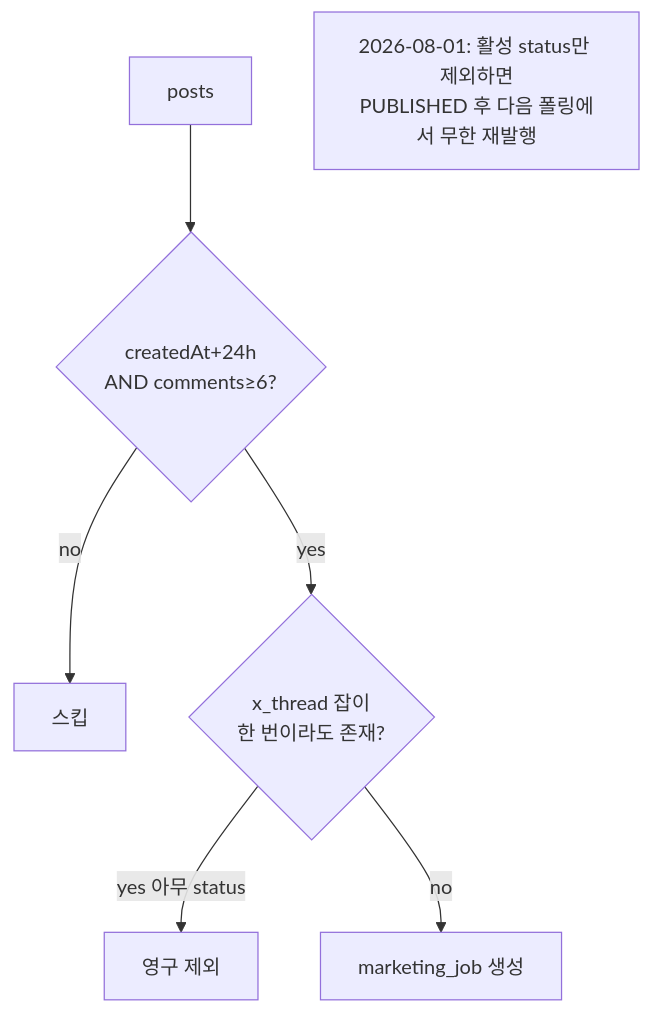
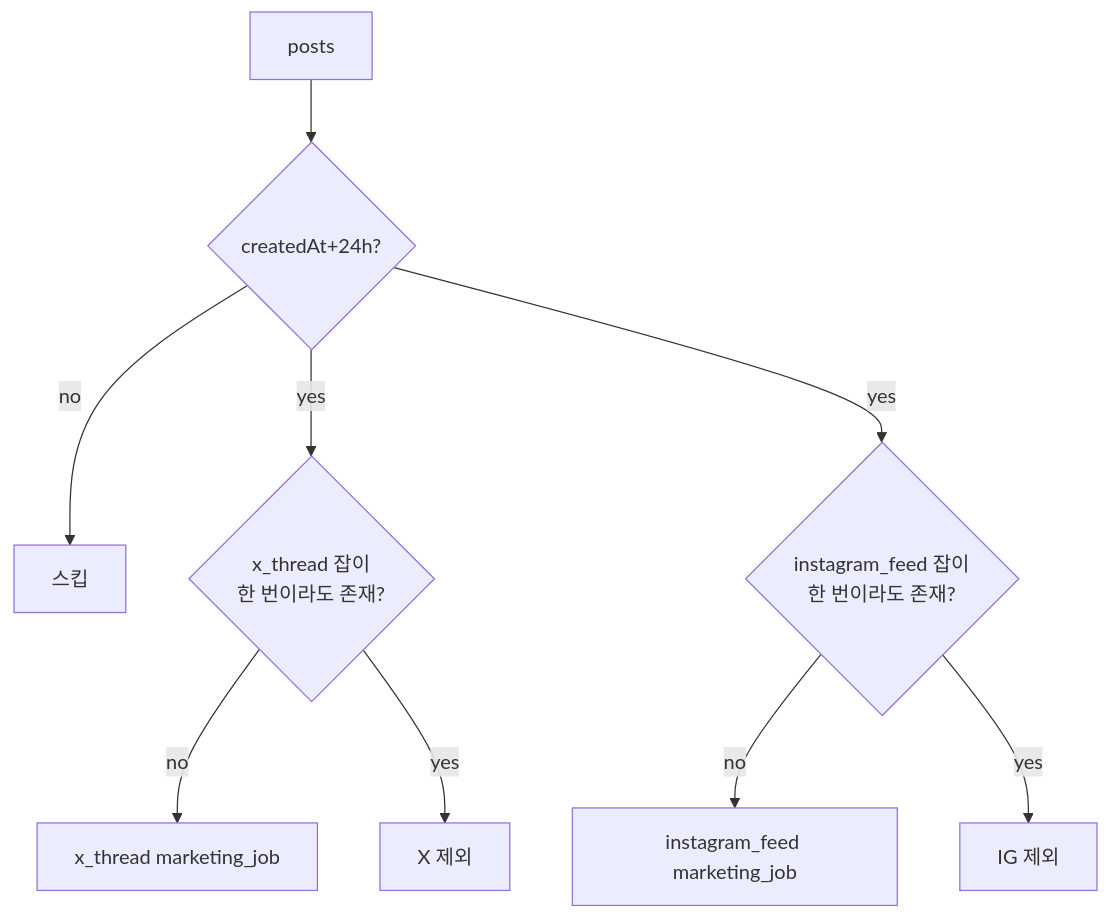
Before and after one commit to Justant-source/Again-Spring: the eighth of 9 diagrams in docs/shared/api/flows.md, drawn with Mermaid. The commit also changed other lines of this file and 15 other files, not shown here.

First line of the commit message:
feat(marketing): 게시 24h 후 X·Instagram 무조건 자동 발행

````diff
--- a/docs/shared/api/flows.md
+++ b/docs/shared/api/flows.md
@@ -171,9 +171,11 @@
 ```mermaid
 flowchart TD
-    P[posts] --> G{createdAt+24h<br/>AND comments≥6?}
+    P[posts] --> G{createdAt+24h?}
     G -->|no| SKIP[스킵]
-    G -->|yes| E{"x_thread 잡이<br/>한 번이라도 존재?"}
-    E -->|yes 아무 status| SKIP2[영구 제외]
-    E -->|no| CREATE[marketing_job 생성]
-    Note1["2026-08-01: 활성 status만 제외하면<br/>PUBLISHED 후 다음 폴링에서 무한 재발행"]
+    G -->|yes| EX{"x_thread 잡이<br/>한 번이라도 존재?"}
+    EX -->|no| CREATEX[x_thread marketing_job]
+    EX -->|yes| SKIPX[X 제외]
+    G -->|yes| EI{"instagram_feed 잡이<br/>한 번이라도 존재?"}
+    EI -->|no| CREATEIG[instagram_feed marketing_job]
+    EI -->|yes| SKIPIG[IG 제외]
 ```
````
